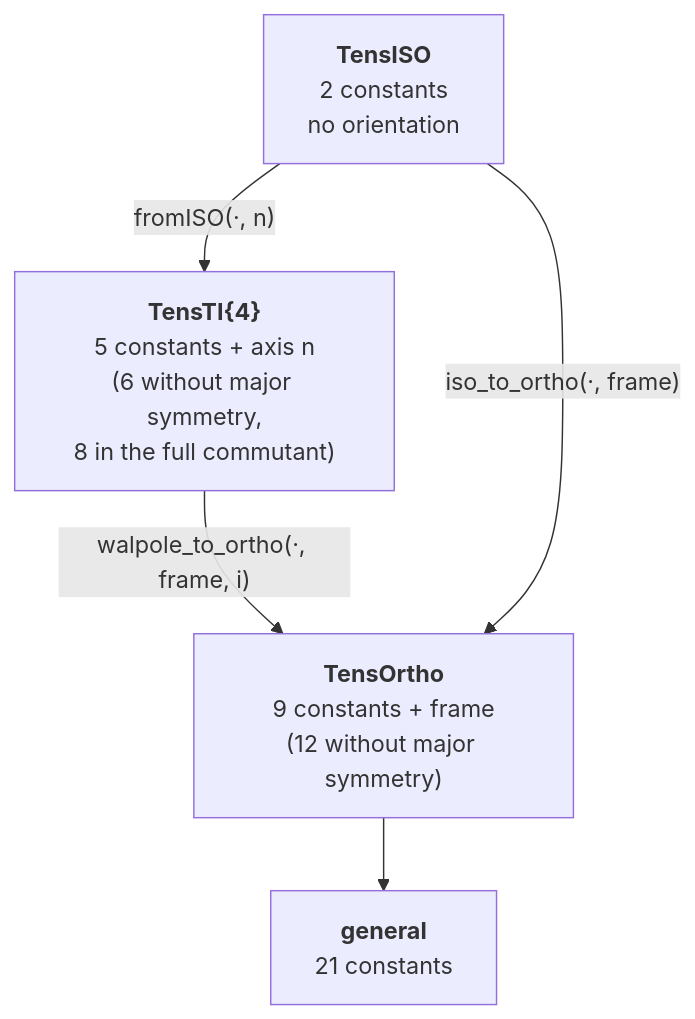
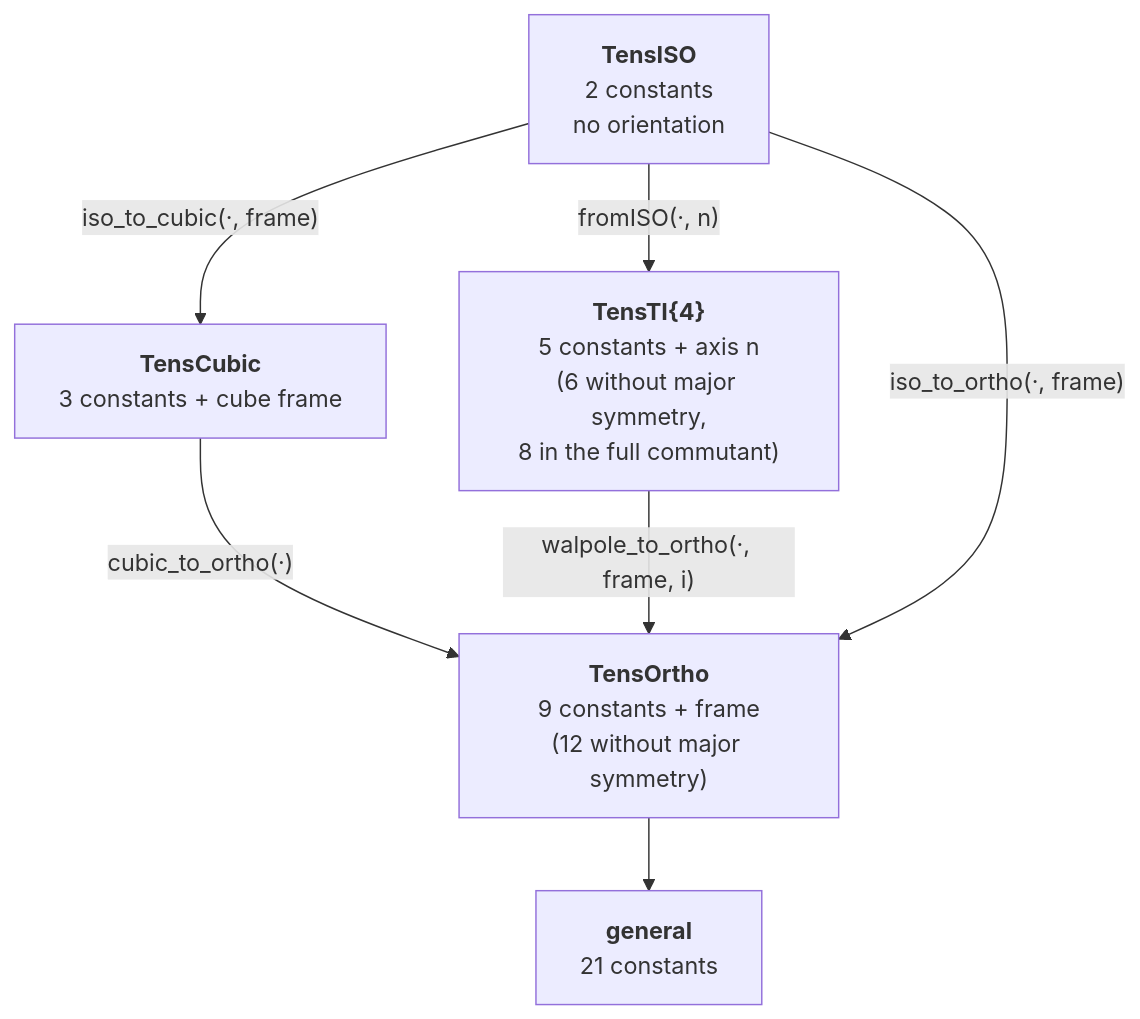
The diagram in docs/src/theory/orthotropy.md (MicroPoroChemoMechanics/TensND.jl), drawn with Mermaid before and after one commit. The commit also changed other lines of this file and 22 other files, not shown here.

````diff
--- a/docs/src/theory/orthotropy.md
+++ b/docs/src/theory/orthotropy.md
@@ -96,12 +104,15 @@
 ```mermaid
 %%{init: {"flowchart": {"useMaxWidth": false}}}%%
 flowchart TB
     ISO["<b>TensISO</b><br/>2 constants<br/>no orientation"]
+    CUB["<b>TensCubic</b><br/>3 constants + cube frame"]
     TI["<b>TensTI{4}</b><br/>5 constants + axis n<br/>(6 without major symmetry,<br/>8 in the full commutant)"]
     ORT["<b>TensOrtho</b><br/>9 constants + frame<br/>(12 without major symmetry)"]
     ANI["<b>general</b><br/>21 constants"]
     ISO -->|"fromISO(·, n)"| TI
+    ISO -->|"iso_to_cubic(·, frame)"| CUB
+    CUB -->|"cubic_to_ortho(·)"| ORT
     TI -->|"walpole_to_ortho(·, frame, i)"| ORT
     ORT --> ANI
     ISO -->|"iso_to_ortho(·, frame)"| ORT
 ```
````
